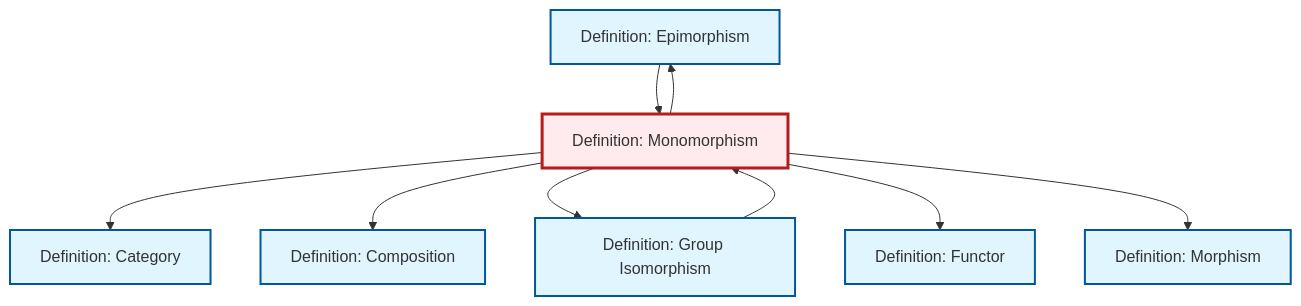
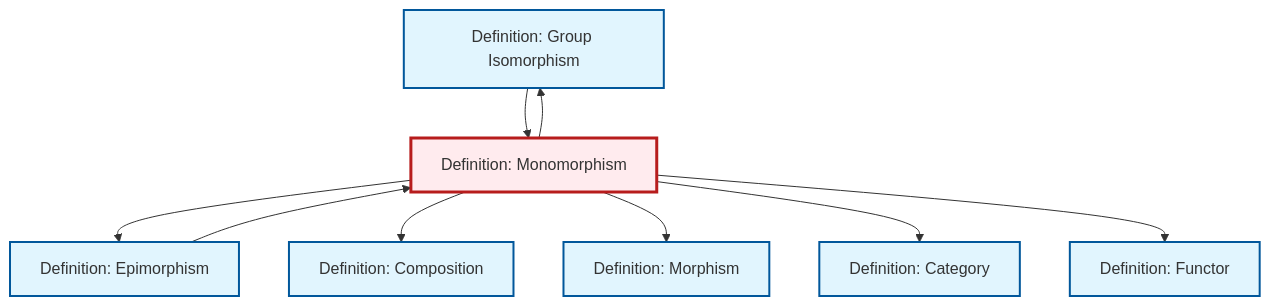
The diagram in content/ja/category-theory/def-monomorphism.qmd (RK0429/ModernMath), drawn with Mermaid before and after one commit. The commit also changed other lines of this file and 654 other files, not shown here.

````diff
--- a/content/ja/category-theory/def-monomorphism.qmd
+++ b/content/ja/category-theory/def-monomorphism.qmd
@@ -96,31 +96,31 @@
 ```{mermaid}
 %%| fig-cap: "Local dependency graph"
 graph TD
     classDef definition fill:#e1f5fe,stroke:#01579b,stroke-width:2px
     classDef theorem fill:#f3e5f5,stroke:#4a148c,stroke-width:2px
     classDef axiom fill:#fff3e0,stroke:#e65100,stroke-width:2px
     classDef example fill:#e8f5e9,stroke:#1b5e20,stroke-width:2px
     classDef current fill:#ffebee,stroke:#b71c1c,stroke-width:3px
+    def-isomorphism["Definition: Group Isomorphism"]:::definition
+    def-functor["Definition: Functor"]:::definition
+    def-epimorphism["Definition: Epimorphism"]:::definition
     def-category["Definition: Category"]:::definition
+    def-morphism["Definition: Morphism"]:::definition
     def-composition["Definition: Composition"]:::definition
-    def-epimorphism["Definition: Epimorphism"]:::definition
     def-monomorphism["Definition: Monomorphism"]:::definition
-    def-isomorphism["Definition: Group Isomorphism"]:::definition
-    def-morphism["Definition: Morphism"]:::definition
-    def-functor["Definition: Functor"]:::definition
     def-monomorphism --> def-epimorphism
+    def-monomorphism --> def-composition
+    def-monomorphism --> def-morphism
     def-epimorphism --> def-monomorphism
     def-isomorphism --> def-monomorphism
     def-monomorphism --> def-category
-    def-monomorphism --> def-composition
     def-monomorphism --> def-isomorphism
     def-monomorphism --> def-functor
-    def-monomorphism --> def-morphism
     class def-monomorphism current
+    click def-isomorphism "def-isomorphism.html" "Definition: Group Isomorphismへ"
+    click def-functor "def-functor.html" "Definition: Functorへ"
+    click def-epimorphism "def-epimorphism.html" "Definition: Epimorphismへ"
     click def-category "def-category.html" "Definition: Categoryへ"
+    click def-morphism "def-morphism.html" "Definition: Morphismへ"
     click def-composition "def-composition.html" "Definition: Compositionへ"
-    click def-epimorphism "def-epimorphism.html" "Definition: Epimorphismへ"
-    click def-isomorphism "def-isomorphism.html" "Definition: Group Isomorphismへ"
-    click def-morphism "def-morphism.html" "Definition: Morphismへ"
-    click def-functor "def-functor.html" "Definition: Functorへ"
 ```
````
